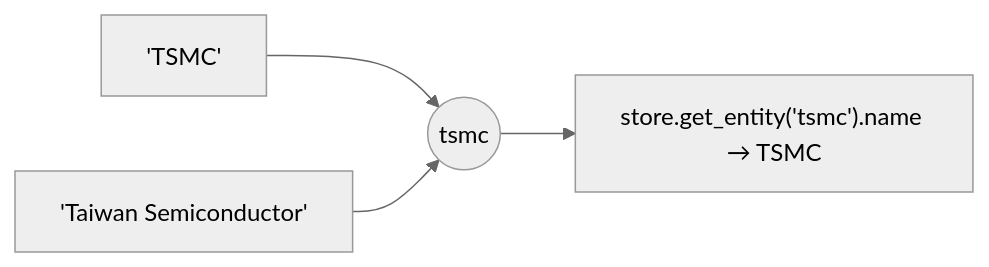
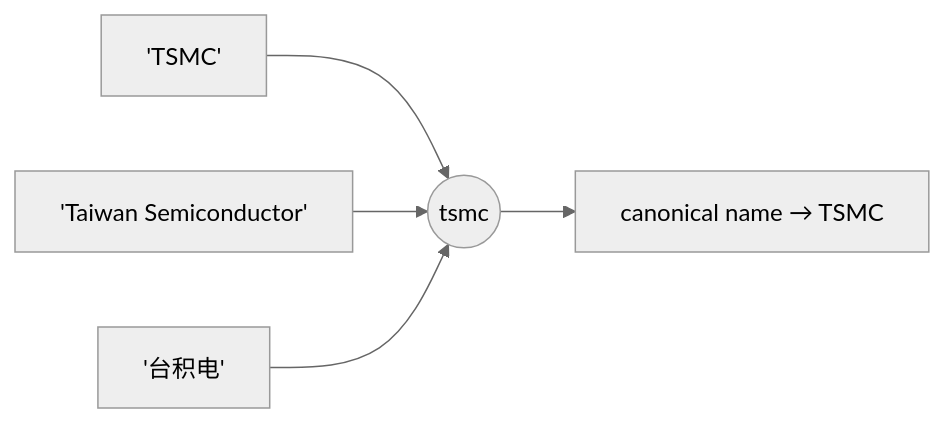
The fourth of 14 diagrams in README.md (fanqingsong/palantir-ontology-agents), drawn with Mermaid (neutral theme) before and after one commit. The commit also changed other lines of this file, not shown here.

Commit message:
Align README with entity linking and agentic graph search.

````diff
--- a/README.md
+++ b/README.md
@@ -145,6 +149,7 @@
 ```mermaid
 flowchart LR
   T1["'TSMC'"] --> ID((tsmc))
   T2["'Taiwan Semiconductor'"] --> ID
-  ID --> N["store.get_entity('tsmc').name → TSMC"]
+  T3["'台积电'"] --> ID
+  ID --> N["canonical name → TSMC"]
 ```
````
